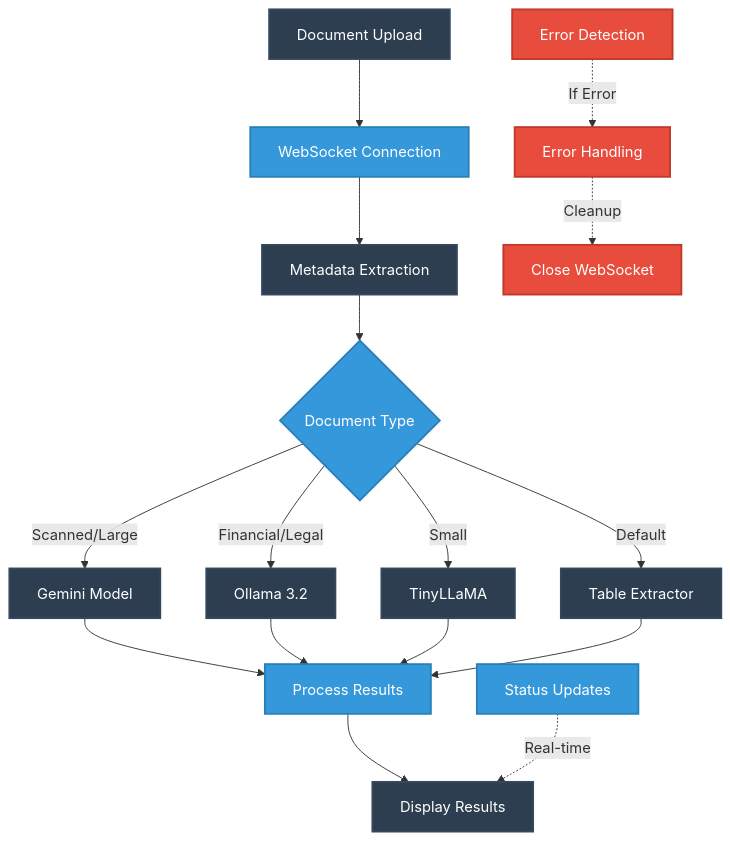
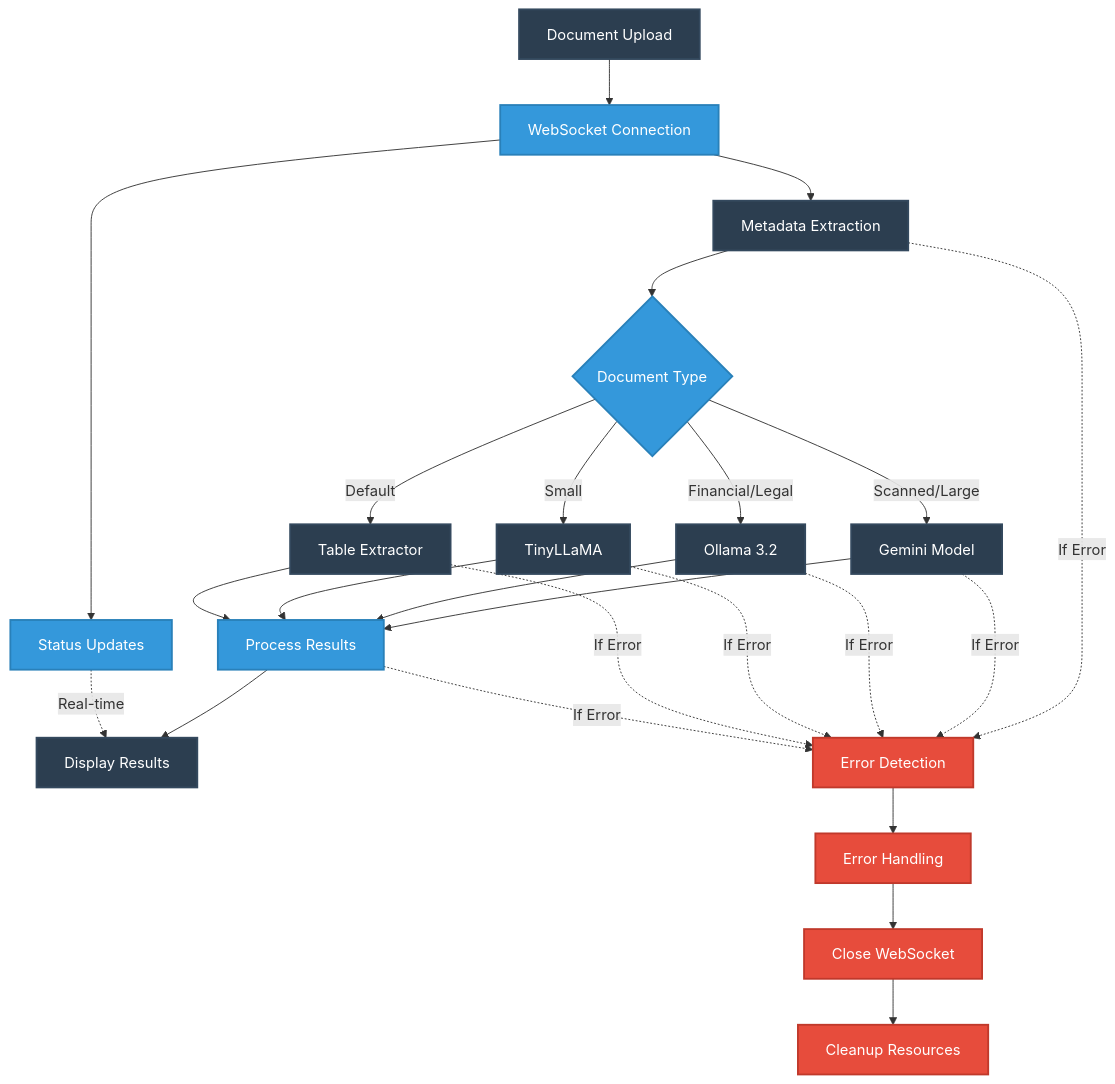
Before and after one commit to pharshithaa/document-processing-system: the diagram in README.md, drawn with Mermaid. The commit also changed other lines of this file, not shown here.

````diff
--- a/README.md
+++ b/README.md
@@ -9,44 +9,54 @@
 ```mermaid
 graph TD
     %% Main Flow
     A[Document Upload] --> B[WebSocket Connection]
     B --> C[Metadata Extraction]
     C --> D{Document Type}
     
     %% Processing Paths
     D -->|Scanned/Large| E[Gemini Model]
     D -->|Financial/Legal| F[Ollama 3.2]
     D -->|Small| G[TinyLLaMA]
     D -->|Default| H[Table Extractor]
     
     %% Results & Error Handling
     E --> I[Process Results]
     F --> I
     G --> I
     H --> I
     
     I --> J[Display Results]
     
     %% Error & Status Flow
-    K[Error Detection] -.->|If Error| L[Error Handling]
-    L -.->|Cleanup| M[Close WebSocket]
+    C -.->|If Error| K[Error Detection]
+    E -.->|If Error| K
+    F -.->|If Error| K
+    G -.->|If Error| K
+    H -.->|If Error| K
+    I -.->|If Error| K
+    
+    K --> L[Error Handling]
+    L --> M[Close WebSocket]
+    M --> N[Cleanup Resources]
     
     %% Status Updates
-    N[Status Updates] -.->|Real-time| J
+    B --> O[Status Updates]
+    O -.->|Real-time| J
     
     %% Styling - Professional Blue Theme
     style A fill:#2c3e50,stroke:#34495e,stroke-width:2px,color:#fff
     style B fill:#3498db,stroke:#2980b9,stroke-width:2px,color:#fff
     style C fill:#2c3e50,stroke:#34495e,stroke-width:2px,color:#fff
     style D fill:#3498db,stroke:#2980b9,stroke-width:2px,color:#fff
     style E fill:#2c3e50,stroke:#34495e,stroke-width:2px,color:#fff
     style F fill:#2c3e50,stroke:#34495e,stroke-width:2px,color:#fff
     style G fill:#2c3e50,stroke:#34495e,stroke-width:2px,color:#fff
     style H fill:#2c3e50,stroke:#34495e,stroke-width:2px,color:#fff
     style I fill:#3498db,stroke:#2980b9,stroke-width:2px,color:#fff
     style J fill:#2c3e50,stroke:#34495e,stroke-width:2px,color:#fff
     style K fill:#e74c3c,stroke:#c0392b,stroke-width:2px,color:#fff
     style L fill:#e74c3c,stroke:#c0392b,stroke-width:2px,color:#fff
     style M fill:#e74c3c,stroke:#c0392b,stroke-width:2px,color:#fff
-    style N fill:#3498db,stroke:#2980b9,stroke-width:2px,color:#fff
+    style N fill:#e74c3c,stroke:#c0392b,stroke-width:2px,color:#fff
+    style O fill:#3498db,stroke:#2980b9,stroke-width:2px,color:#fff
 ```
````
